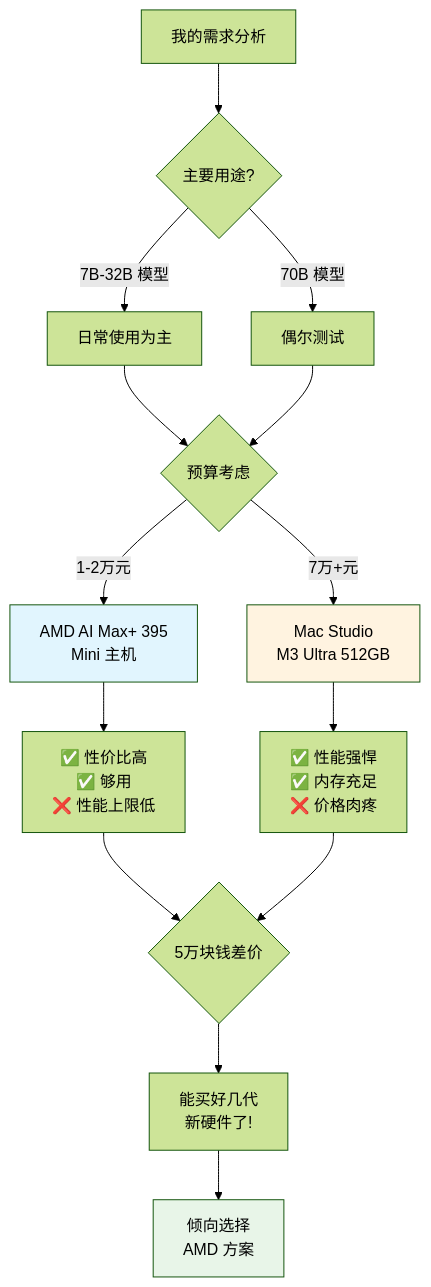
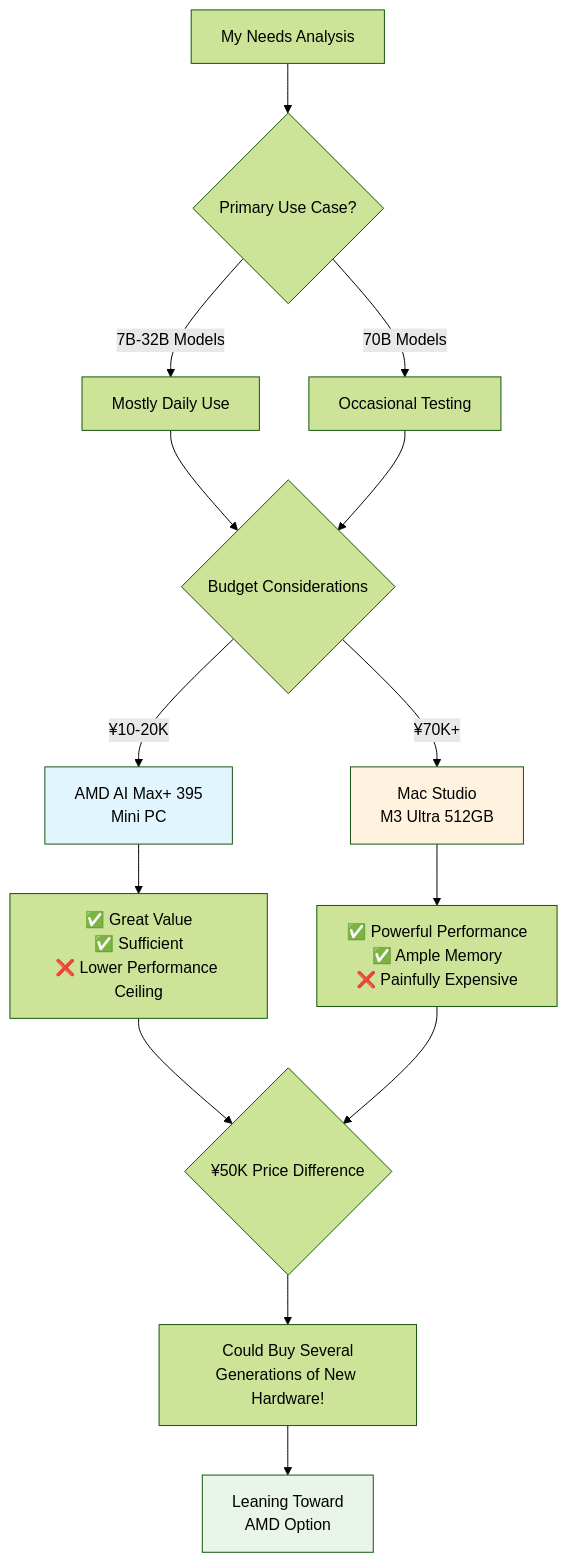
The second of 2 diagrams in _posts/2025-09-20-amd-ai-max-395-mini-pc-experience-en.md (woodywang/woodywang.github.io), drawn with Mermaid (forest theme) before and after one commit. The commit also changed other lines of this file and 5 other files, not shown here.

First line of the commit message:
fix: translate Chinese text in mermaid diagrams across all English posts

````diff
--- a/_posts/2025-09-20-amd-ai-max-395-mini-pc-experience-en.md
+++ b/_posts/2025-09-20-amd-ai-max-395-mini-pc-experience-en.md
@@ -111,25 +111,25 @@
 ```mermaid
 flowchart TD
-    A[我的需求分析] --> B{主要用途?}
-    B -->|7B-32B 模型| C[日常使用为主]
-    B -->|70B 模型| D[偶尔测试]
+    A[My Needs Analysis] --> B{Primary Use Case?}
+    B -->|7B-32B Models| C[Mostly Daily Use]
+    B -->|70B Models| D[Occasional Testing]
 
-    C --> E{预算考虑}
+    C --> E{Budget Considerations}
     D --> E
 
-    E -->|1-2万元| F[AMD AI Max+ 395<br/>Mini 主机]
-    E -->|7万+元| G[Mac Studio<br/>M3 Ultra 512GB]
+    E -->|¥10-20K| F[AMD AI Max+ 395<br/>Mini PC]
+    E -->|¥70K+| G[Mac Studio<br/>M3 Ultra 512GB]
 
-    F --> H[✅ 性价比高<br/>✅ 够用<br/>❌ 性能上限低]
-    G --> I[✅ 性能强悍<br/>✅ 内存充足<br/>❌ 价格肉疼]
+    F --> H[✅ Great Value<br/>✅ Sufficient<br/>❌ Lower Performance Ceiling]
+    G --> I[✅ Powerful Performance<br/>✅ Ample Memory<br/>❌ Painfully Expensive]
 
-    H --> J{5万块钱差价}
+    H --> J{¥50K Price Difference}
     I --> J
 
-    J --> K[能买好几代<br/>新硬件了!]
-    K --> L[倾向选择<br/>AMD 方案]
+    J --> K[Could Buy Several<br/>Generations of New Hardware!]
+    K --> L[Leaning Toward<br/>AMD Option]
 
     style F fill:#e1f5fe
     style G fill:#fff3e0
     style L fill:#e8f5e8
 ```
````
